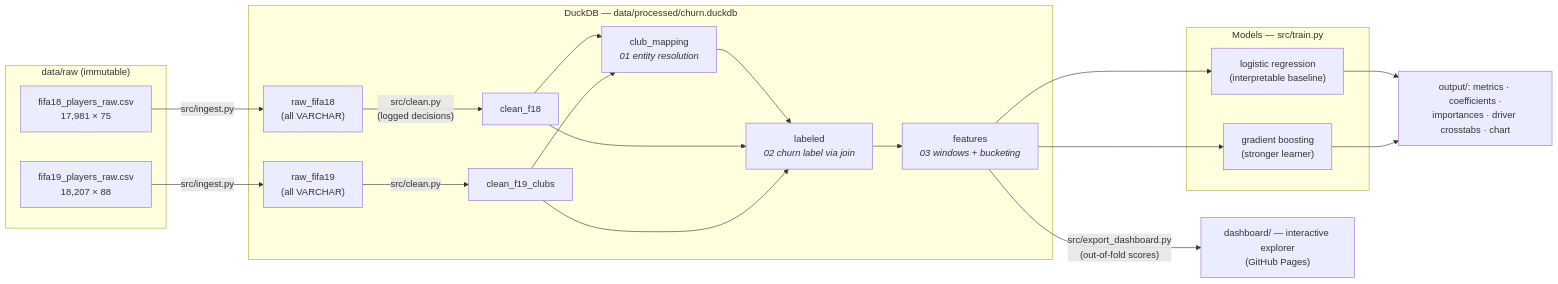
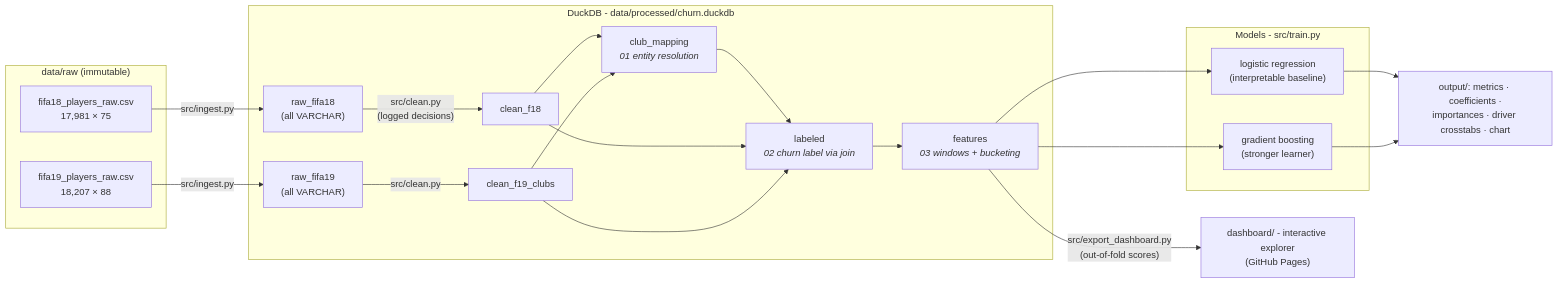
The diagram in docs/pipeline_architecture.md (lekanlawal1/project3-player-churn), drawn with Mermaid before and after one commit. The commit also changed other lines of this file and 18 other files, not shown here.

````diff
--- a/docs/pipeline_architecture.md
+++ b/docs/pipeline_architecture.md
@@ -6,38 +6,38 @@
 ```mermaid
 flowchart LR
     subgraph raw["data/raw (immutable)"]
         A18["fifa18_players_raw.csv<br/>17,981 × 75"]
         A19["fifa19_players_raw.csv<br/>18,207 × 88"]
     end
 
-    subgraph duck["DuckDB — data/processed/churn.duckdb"]
+    subgraph duck["DuckDB - data/processed/churn.duckdb"]
         B18["raw_fifa18<br/>(all VARCHAR)"]
         B19["raw_fifa19<br/>(all VARCHAR)"]
         C18["clean_f18"]
         C19["clean_f19_clubs"]
         D["club_mapping<br/><i>01 entity resolution</i>"]
         E["labeled<br/><i>02 churn label via join</i>"]
         F["features<br/><i>03 windows + bucketing</i>"]
     end
 
-    subgraph model["Models — src/train.py"]
+    subgraph model["Models - src/train.py"]
         G["logistic regression<br/>(interpretable baseline)"]
         H["gradient boosting<br/>(stronger learner)"]
     end
 
     A18 -->|"src/ingest.py"| B18
     A19 -->|"src/ingest.py"| B19
     B18 -->|"src/clean.py<br/>(logged decisions)"| C18
     B19 -->|"src/clean.py"| C19
     C18 --> D
     C19 --> D
     D --> E
     C18 --> E
     C19 --> E
     E --> F
     F --> G
     F --> H
     G --> I["output/: metrics · coefficients ·<br/>importances · driver crosstabs · chart"]
     H --> I
-    F -->|"src/export_dashboard.py<br/>(out-of-fold scores)"| J["dashboard/ — interactive explorer<br/>(GitHub Pages)"]
+    F -->|"src/export_dashboard.py<br/>(out-of-fold scores)"| J["dashboard/ - interactive explorer<br/>(GitHub Pages)"]
 ```
````
